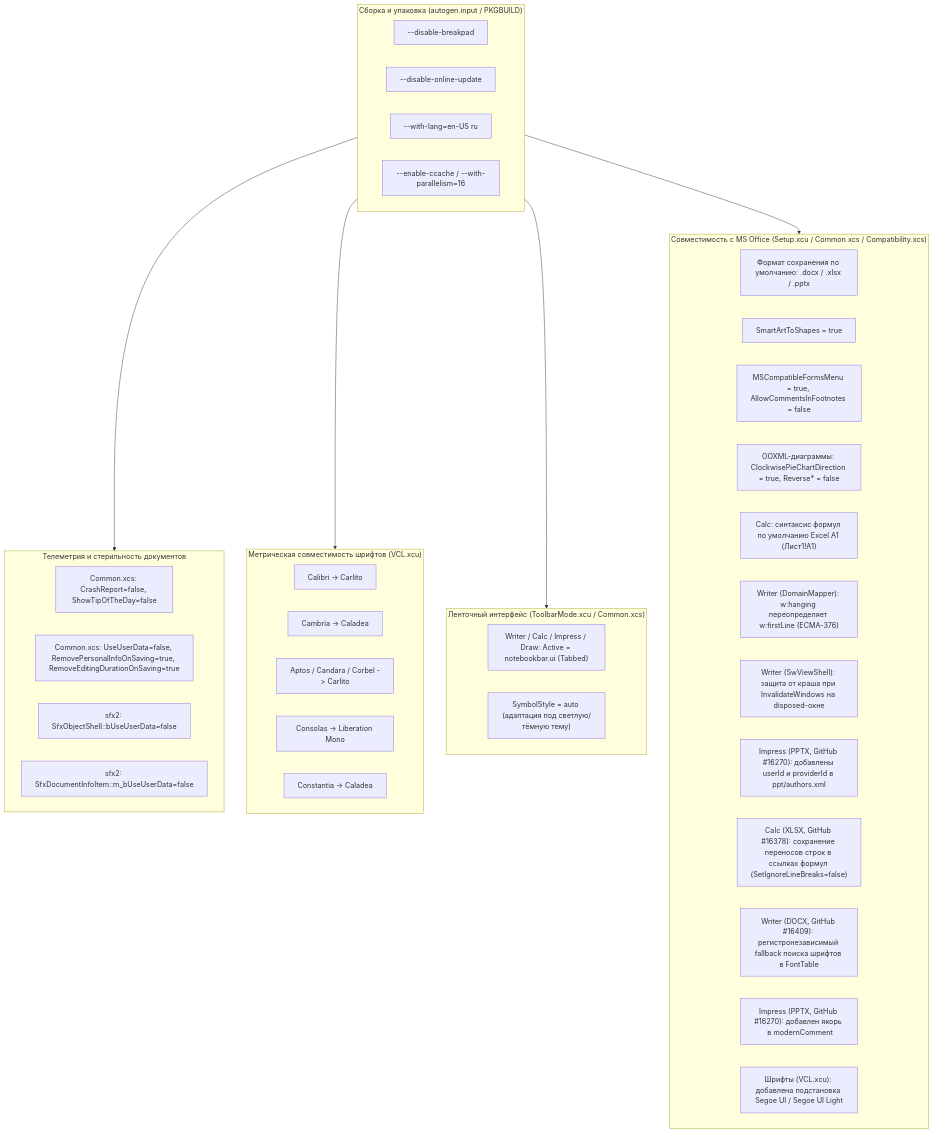
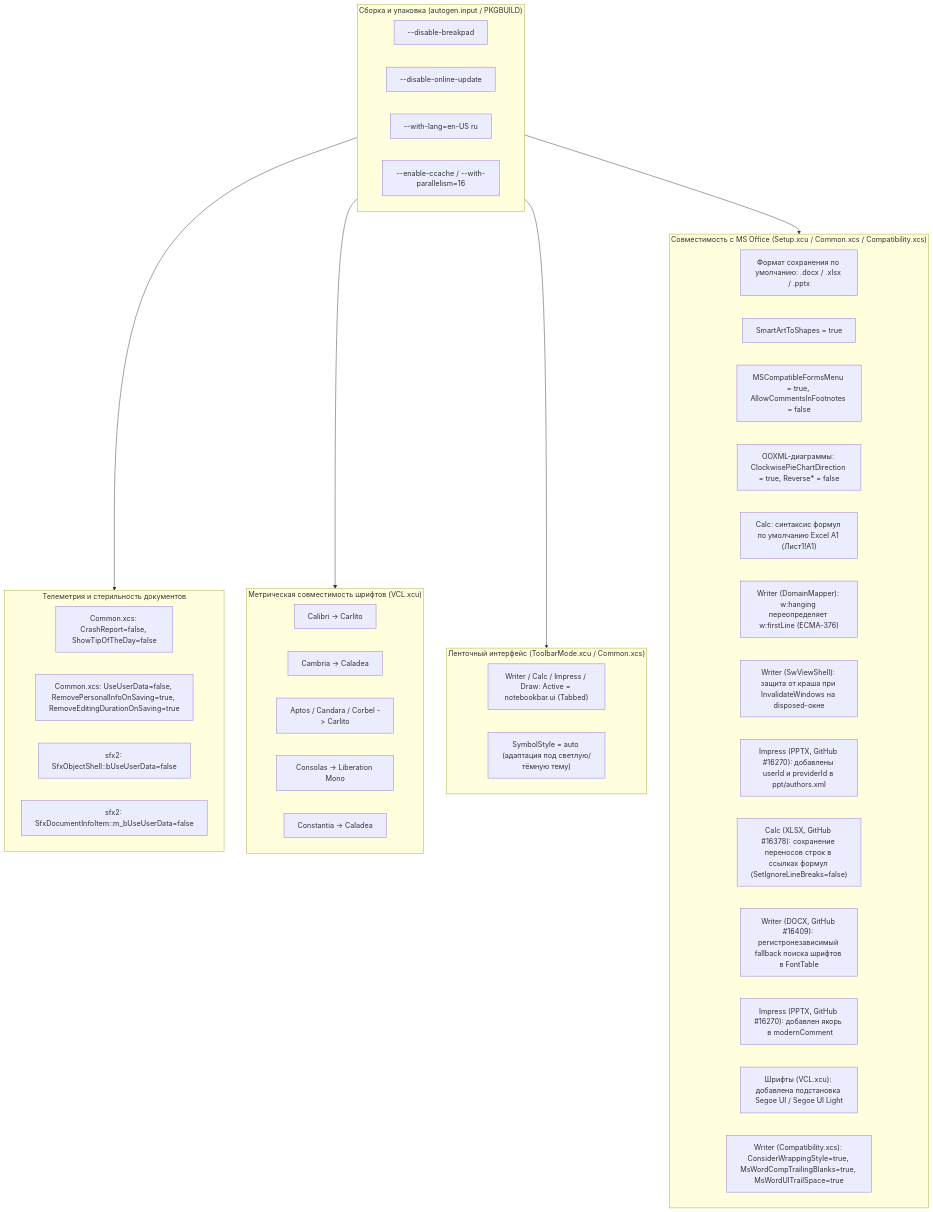
One commit to Utkautka1/libreoffice-mscompat_-fork- changed the diagram in docs/UML.md. Above: the diagram before and after it, drawn with Mermaid. The commit also changed 2 other files, not shown here.

Commit message:
feat(sw): enable ConsiderWrappingStyle and MS Word trailing blanks

````diff
--- a/docs/UML.md
+++ b/docs/UML.md
@@ -5,49 +5,50 @@
 ```mermaid
 flowchart TD
     subgraph Build["Сборка и упаковка (autogen.input / PKGBUILD)"]
         A1["--disable-breakpad"]
         A2["--disable-online-update"]
         A3["--with-lang=en-US ru"]
         A4["--enable-ccache / --with-parallelism=16"]
     end
 
     subgraph Privacy["Телеметрия и стерильность документов"]
         P1["Common.xcs: CrashReport=false, ShowTipOfTheDay=false"]
         P2["Common.xcs: UseUserData=false, RemovePersonalInfoOnSaving=true, RemoveEditingDurationOnSaving=true"]
         P3["sfx2: SfxObjectShell::bUseUserData=false"]
         P4["sfx2: SfxDocumentInfoItem::m_bUseUserData=false"]
     end
 
     subgraph Fonts["Метрическая совместимость шрифтов (VCL.xcu)"]
         F1["Calibri -> Carlito"]
         F2["Cambria -> Caladea"]
         F3["Aptos / Candara / Corbel -> Carlito"]
         F4["Consolas -> Liberation Mono"]
         F5["Constantia -> Caladea"]
     end
 
     subgraph UI["Ленточный интерфейс (ToolbarMode.xcu / Common.xcs)"]
         U1["Writer / Calc / Impress / Draw: Active = notebookbar.ui (Tabbed)"]
         U2["SymbolStyle = auto (адаптация под светлую/тёмную тему)"]
     end
 
     subgraph MSCompat["Совместимость с MS Office (Setup.xcu / Common.xcs / Compatibility.xcs)"]
         M1["Формат сохранения по умолчанию: .docx / .xlsx / .pptx"]
         M2["SmartArtToShapes = true"]
         M3["MSCompatibleFormsMenu = true, AllowCommentsInFootnotes = false"]
         M4["OOXML-диаграммы: ClockwisePieChartDirection = true, Reverse* = false"]
         M5["Calc: синтаксис формул по умолчанию Excel A1 (Лист1!A1)"]
         M6["Writer (DomainMapper): w:hanging переопределяет w:firstLine (ECMA-376)"]
         M7["Writer (SwViewShell): защита от краша при InvalidateWindows на disposed-окне"]
         M8["Impress (PPTX, GitHub #16270): добавлены userId и providerId в ppt/authors.xml"]
         M9["Calc (XLSX, GitHub #16378): сохранение переносов строк в ссылках формул (SetIgnoreLineBreaks=false)"]
         M10["Writer (DOCX, GitHub #16409): регистронезависимый fallback поиска шрифтов в FontTable"]
         M12["Impress (PPTX, GitHub #16270): добавлен якорь <p188:pos> в modernComment"]
         M13["Шрифты (VCL.xcu): добавлена подстановка Segoe UI / Segoe UI Light"]
+        M14["Writer (Compatibility.xcs): ConsiderWrappingStyle=true, MsWordCompTrailingBlanks=true, MsWordUlTrailSpace=true"]
     end
 
     Build --> Privacy
     Build --> Fonts
     Build --> UI
     Build --> MSCompat
 ```
````
